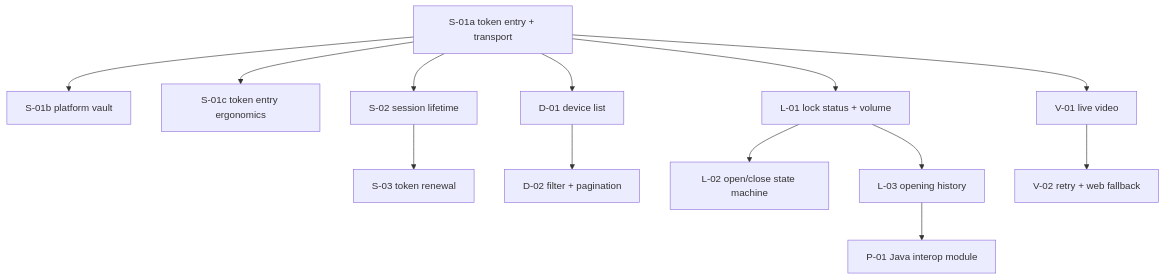
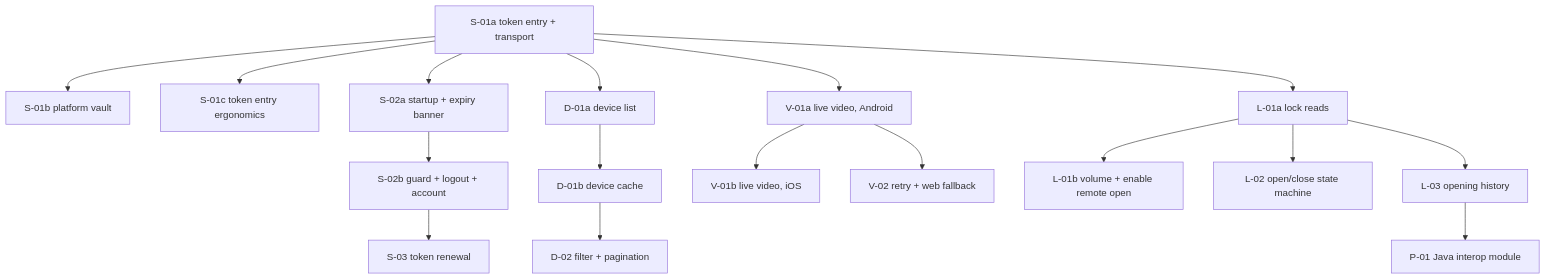
One commit to npauloj/case-mibo-smart changed the diagram in docs/specs/issues.md. Above: the diagram before and after it, drawn with Mermaid. The commit also changed other lines of this file, not shown here.

````diff
--- a/docs/specs/issues.md
+++ b/docs/specs/issues.md
@@ -16,15 +16,19 @@
 ```mermaid
 graph TD
   S01a["S-01a token entry + transport"] --> S01b["S-01b platform vault"]
   S01a --> S01c["S-01c token entry ergonomics"]
-  S01a --> S02["S-02 session lifetime"]
-  S01a --> D01["D-01 device list"]
-  S01a --> V01["V-01 live video"]
-  S01a --> L01["L-01 lock status + volume"]
-  S02 --> S03["S-03 token renewal"]
-  D01 --> D02["D-02 filter + pagination"]
-  L01 --> L02["L-02 open/close state machine"]
-  L01 --> L03["L-03 opening history"]
-  V01 --> V02["V-02 retry + web fallback"]
+  S01a --> S02a["S-02a startup + expiry banner"]
+  S01a --> D01a["D-01a device list"]
+  S01a --> V01a["V-01a live video, Android"]
+  S01a --> L01a["L-01a lock reads"]
+  S02a --> S02b["S-02b guard + logout + account"]
+  S02b --> S03["S-03 token renewal"]
+  D01a --> D01b["D-01b device cache"]
+  D01b --> D02["D-02 filter + pagination"]
+  V01a --> V01b["V-01b live video, iOS"]
+  V01a --> V02["V-02 retry + web fallback"]
+  L01a --> L01b["L-01b volume + enable remote open"]
+  L01a --> L02["L-02 open/close state machine"]
+  L01a --> L03["L-03 opening history"]
   L03 --> P01["P-01 Java interop module"]
 ```
````
